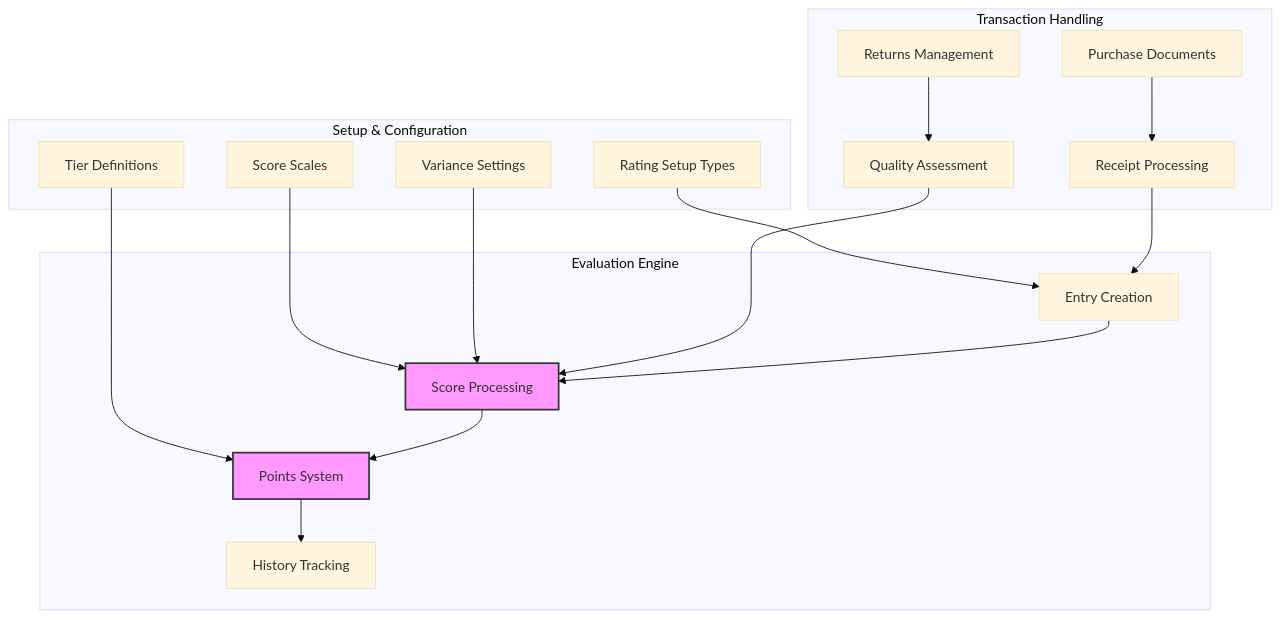
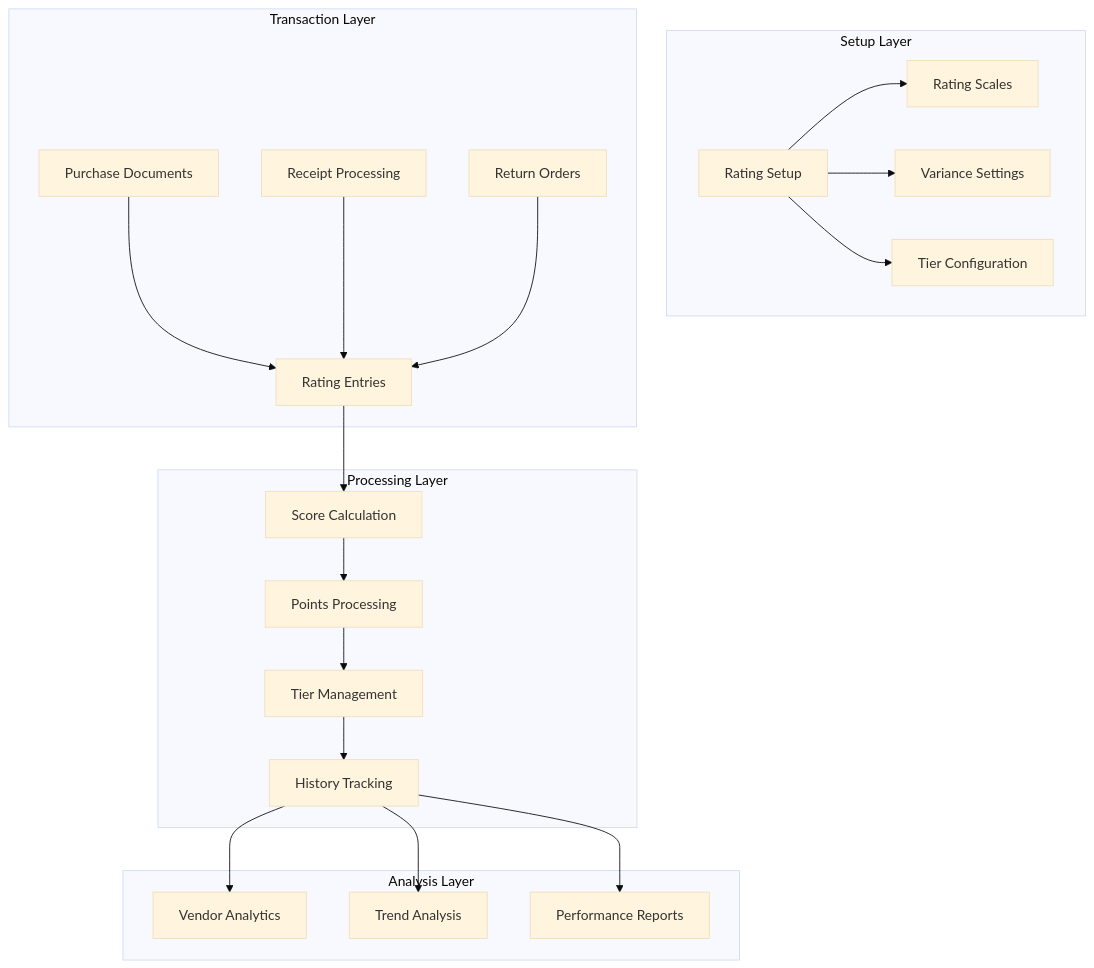
Before and after one commit to Goldenvikingsunset/ALProject4: the diagram in README.md, drawn with Mermaid (base theme). The commit also changed other lines of this file and 10 other files, not shown here.

Commit message:
added manual quality score, updated readme

````diff
--- a/README.md
+++ b/README.md
@@ -55,38 +56,27 @@
 ```mermaid
 graph TB
-    subgraph "Setup & Configuration"
-        A[Rating Setup Types]
-        B[Score Scales]
-        C[Variance Settings]
-        D[Tier Definitions]
+    subgraph "Setup Layer"
+        A[Rating Setup] --> B[Rating Scales]
+        A --> C[Variance Settings]
+        A --> D[Tier Configuration]
     end
     
-    subgraph "Transaction Handling"
-        E[Purchase Documents]
-        F[Receipt Processing]
-        G[Returns Management]
-        H[Quality Assessment]
+    subgraph "Transaction Layer"
+        E[Purchase Documents] --> F[Rating Entries]
+        G[Receipt Processing] --> F
+        H[Return Orders] --> F
     end
     
-    subgraph "Evaluation Engine"
-        I[Entry Creation]
-        J[Score Processing]
-        K[Points System]
-        L[History Tracking]
+    subgraph "Processing Layer"
+        F --> I[Score Calculation]
+        I --> J[Points Processing]
+        J --> K[Tier Management]
+        K --> L[History Tracking]
     end
     
-    A --> I
-    B --> J
-    C --> J
-    D --> K
-    E --> F
-    F --> I
-    G --> H
-    H --> J
-    I --> J
-    J --> K
-    K --> L
-
-    style J fill:#f9f,stroke:#333,stroke-width:2px
-    style K fill:#f9f,stroke:#333,stroke-width:2px
+    subgraph "Analysis Layer"
+        L --> M[Vendor Analytics]
+        L --> N[Trend Analysis]
+        L --> O[Performance Reports]
+    end
 ```
````
